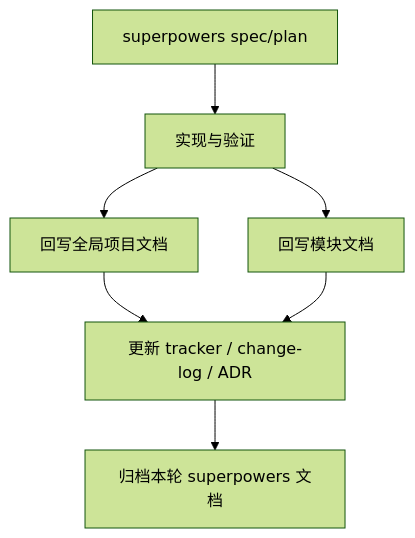
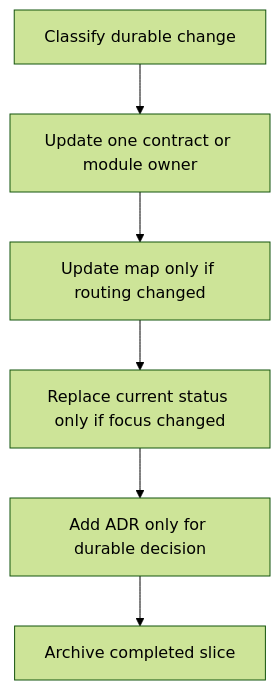
The diagram in docs/workflows/code-doc-sync.md (czh869452912/ccode-win7), drawn with Mermaid (forest theme) before and after one commit. The commit also changed other lines of this file and 7 other files, not shown here.

````diff
--- a/docs/workflows/code-doc-sync.md
+++ b/docs/workflows/code-doc-sync.md
@@ -44,9 +14,8 @@
 ```mermaid
 flowchart TD
-    A["superpowers spec/plan"] --> B["实现与验证"]
-    B --> C["回写全局项目文档"]
-    B --> D["回写模块文档"]
-    C --> E["更新 tracker / change-log / ADR"]
-    D --> E
-    E --> F["归档本轮 superpowers 文档"]
+    A["Classify durable change"] --> B["Update one contract or module owner"]
+    B --> C["Update map only if routing changed"]
+    C --> D["Replace current status only if focus changed"]
+    D --> E["Add ADR only for durable decision"]
+    E --> F["Archive completed slice"]
 ```
````
